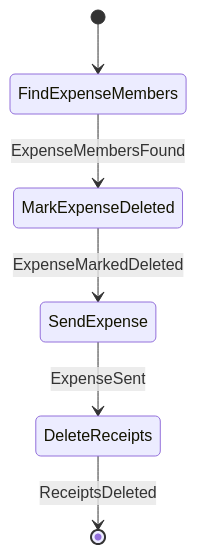
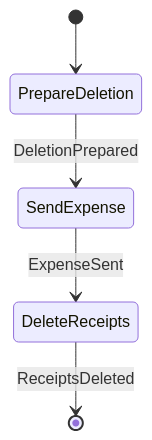
The third of 16 diagrams in docs/architecture/workflows/groupstate.md (cbgm/Sparrow), drawn with Mermaid before and after one commit. The commit also changed other lines of this file and 226 other files, not shown here.

````diff
--- a/docs/architecture/workflows/groupstate.md
+++ b/docs/architecture/workflows/groupstate.md
@@ -83,8 +82,7 @@
 ```mermaid
 stateDiagram-v2
-    [*] --> FindExpenseMembers
-    FindExpenseMembers --> MarkExpenseDeleted : ExpenseMembersFound
-    MarkExpenseDeleted --> SendExpense : ExpenseMarkedDeleted
+    [*] --> PrepareDeletion
+    PrepareDeletion --> SendExpense : DeletionPrepared
     SendExpense --> DeleteReceipts : ExpenseSent
     DeleteReceipts --> [*] : ReceiptsDeleted
 ```
````
